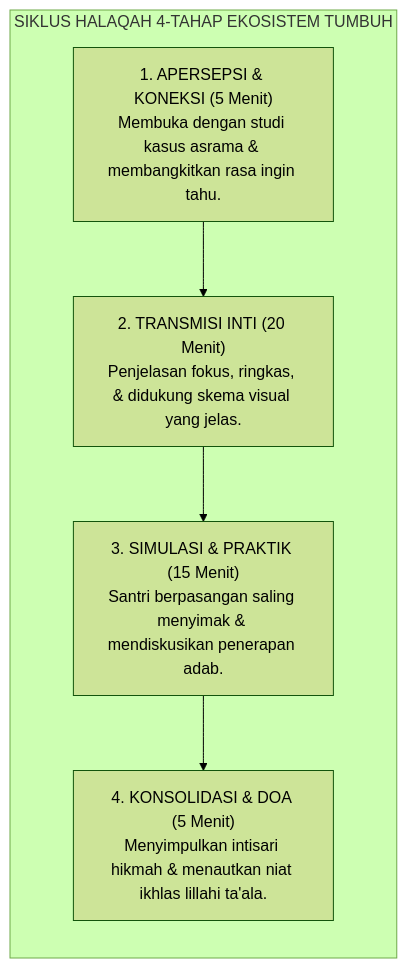
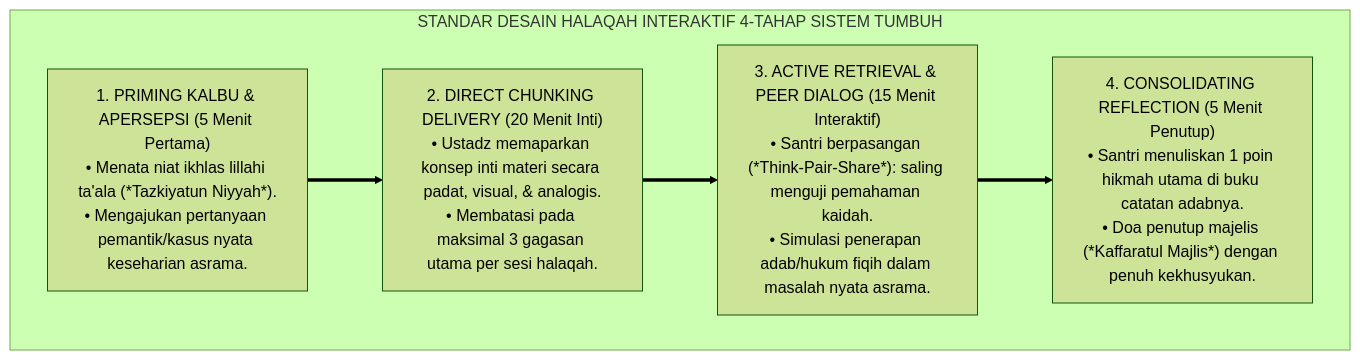
One commit to wandiapriliyandi/tumbuh changed the third of 4 diagrams in BOOK-SERIES/Volume-01/Bab-03-Epistemologi-Integratif-Turats-dan-Neurosains/05-Desain-Halaqah-Berbasis-Cara-Kerja-Otak.md. Above: the diagram before and after it, drawn with Mermaid (forest theme). The commit also changed other lines of this file and 24 other files, not shown here.

Commit message:
feat(book-01): perkaya dan perdalam seluruh isi subbab bab 02 s.d. 07 dengan elaborasi komprehensif, analisis mendalam, dan diagram alur lengkap

````diff
--- a/BOOK-SERIES/Volume-01/Bab-03-Epistemologi-Integratif-Turats-dan-Neurosains/05-Desain-Halaqah-Berbasis-Cara-Kerja-Otak.md
+++ b/BOOK-SERIES/Volume-01/Bab-03-Epistemologi-Integratif-Turats-dan-Neurosains/05-Desain-Halaqah-Berbasis-Cara-Kerja-Otak.md
@@ -60,11 +72,14 @@
 ```mermaid
-graph LR
-    subgraph SiklusHalaqah["SIKLUS HALAQAH 4-TAHAP EKOSISTEM TUMBUH"]
-        S1["1. APERSEPSI & KONEKSI (5 Menit)<br/>Membuka dengan studi kasus asrama & membangkitkan rasa ingin tahu."]
-        S2["2. TRANSMISI INTI (20 Menit)<br/>Penjelasan fokus, ringkas, & didukung skema visual yang jelas."]
-        S3["3. SIMULASI & PRAKTIK (15 Menit)<br/>Santri berpasangan saling menyimak & mendiskusikan penerapan adab."]
-        S4["4. KONSOLIDASI & DOA (5 Menit)<br/>Menyimpulkan intisari hikmah & menautkan niat ikhlas lillahi ta'ala."]
+graph TD
+    subgraph ProtokolHalaqah["STANDAR DESAIN HALAQAH INTERAKTIF 4-TAHAP SISTEM TUMBUH"]
+        T1["1. PRIMING KALBU & APERSEPSI (5 Menit Pertama)<br/>• Menata niat ikhlas lillahi ta'ala (*Tazkiyatun Niyyah*).<br/>• Mengajukan pertanyaan pemantik/kasus nyata keseharian asrama."]
         
-        S1 --> S2 --> S3 --> S4
+        T2["2. DIRECT CHUNKING DELIVERY (20 Menit Inti)<br/>• Ustadz memaparkan konsep inti materi secara padat, visual, & analogis.<br/>• Membatasi pada maksimal 3 gagasan utama per sesi halaqah."]
+        
+        T3["3. ACTIVE RETRIEVAL & PEER DIALOG (15 Menit Interaktif)<br/>• Santri berpasangan (*Think-Pair-Share*): saling menguji pemahaman kaidah.<br/>• Simulasi penerapan adab/hukum fiqih dalam masalah nyata asrama."]
+        
+        T4["4. CONSOLIDATING REFLECTION (5 Menit Penutup)<br/>• Santri menuliskan 1 poin hikmah utama di buku catatan adabnya.<br/>• Doa penutup majelis (*Kaffaratul Majlis*) dengan penuh kekhusyukan."]
+        
+        T1 ==> T2 ==> T3 ==> T4
     end
 ```
````
